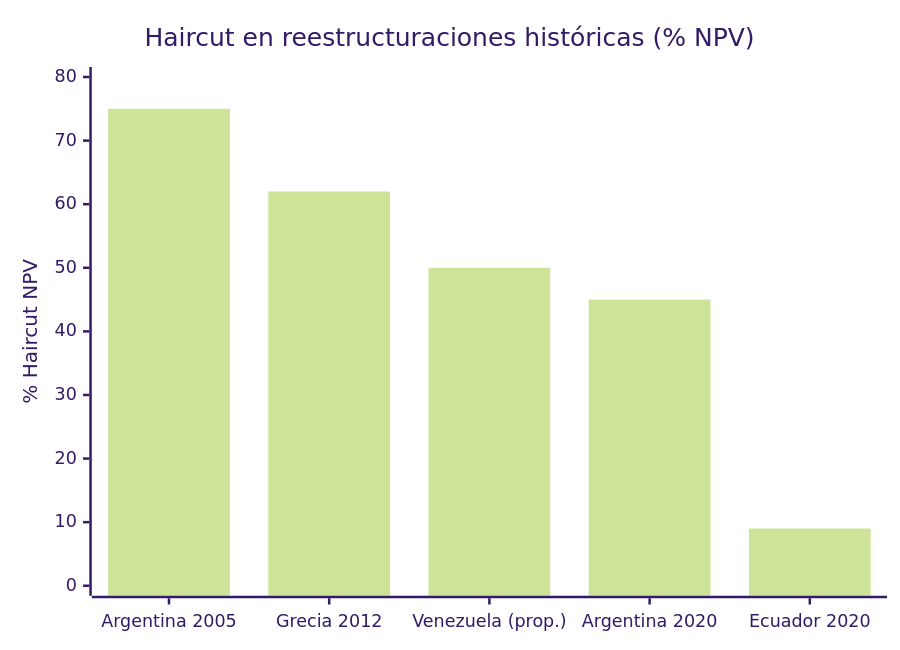
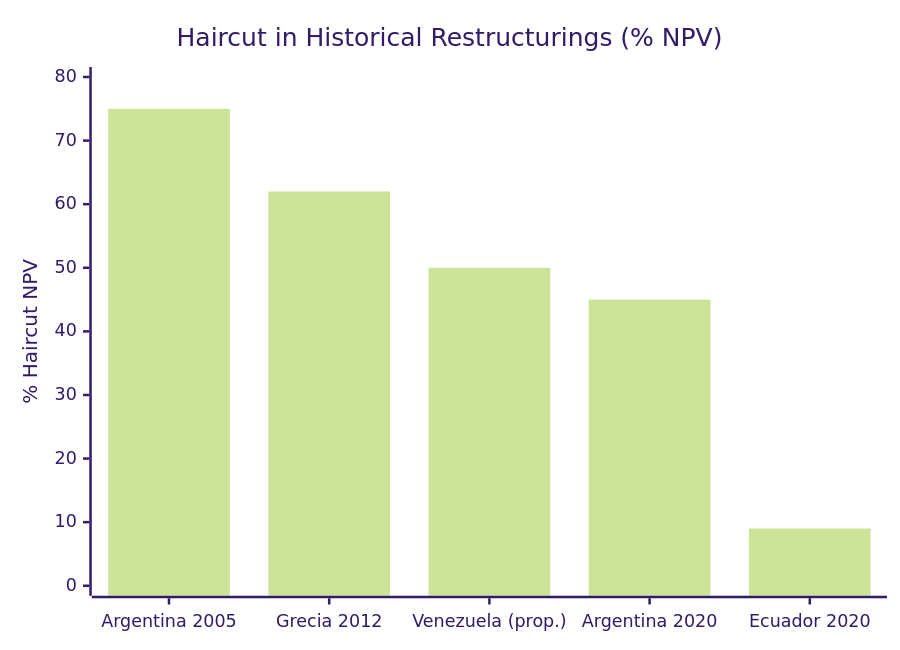
Before and after one commit to Venezuela-S-A/venezuela-sa: the second of 2 diagrams in i18n/en/docusaurus-plugin-content-docs/current/02-motor-financiero/deuda.md, drawn with Mermaid (forest theme). The commit also changed other lines of this file and 127 other files, not shown here.

````diff
--- a/i18n/en/docusaurus-plugin-content-docs/current/02-motor-financiero/deuda.md
+++ b/i18n/en/docusaurus-plugin-content-docs/current/02-motor-financiero/deuda.md
@@ -50,7 +50,7 @@
 ```mermaid
 xychart-beta
-    title "Haircut en reestructuraciones históricas (% NPV)"
+    title "Haircut in Historical Restructurings (% NPV)"
     x-axis ["Argentina 2005", "Grecia 2012", "Venezuela (prop.)", "Argentina 2020", "Ecuador 2020"]
     y-axis "% Haircut NPV" 0 --> 80
     bar [75, 62, 50, 45, 9]
 ```
````
